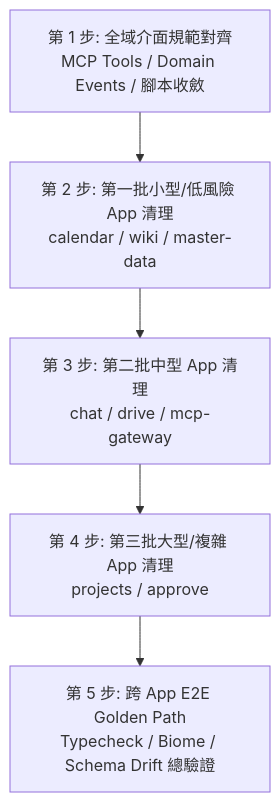
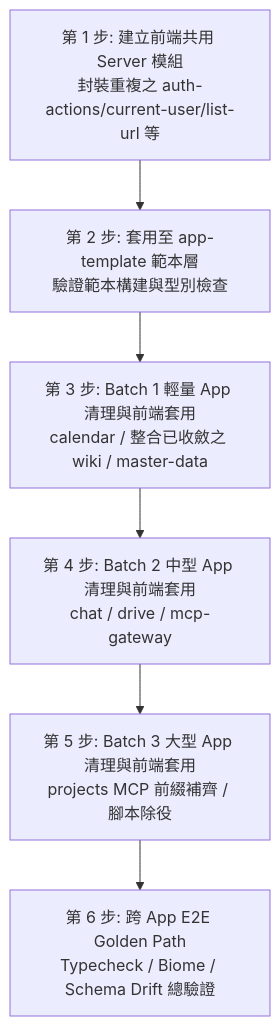
The diagram in knowledge/decisions/049-business-apps-cleanup-scoping-plan.md (appspine/appspine-packages), drawn with Mermaid before and after one commit. The commit also changed other lines of this file, not shown here.

````diff
--- a/knowledge/decisions/049-business-apps-cleanup-scoping-plan.md
+++ b/knowledge/decisions/049-business-apps-cleanup-scoping-plan.md
@@ -125,7 +125,8 @@
 ```mermaid
 flowchart TD
-    A[第 1 步: 全域介面規範對齊<br/>MCP Tools / Domain Events / 腳本收斂] --> B[第 2 步: 第一批小型/低風險 App 清理<br/>calendar / wiki / master-data]
-    B --> C[第 3 步: 第二批中型 App 清理<br/>chat / drive / mcp-gateway]
-    C --> D[第 4 步: 第三批大型/複雜 App 清理<br/>projects / approve]
-    D --> E[第 5 步: 跨 App E2E Golden Path<br/>Typecheck / Biome / Schema Drift 總驗證]
+    A[第 1 步: 建立前端共用 Server 模組<br/>封裝重複之 auth-actions/current-user/list-url 等] --> B[第 2 步: 套用至 app-template 範本層<br/>驗證範本構建與型別檢查]
+    B --> C[第 3 步: Batch 1 輕量 App 清理與前端套用<br/>calendar / 整合已收斂之 wiki / master-data]
+    C --> D[第 4 步: Batch 2 中型 App 清理與前端套用<br/>chat / drive / mcp-gateway]
+    D --> E[第 5 步: Batch 3 大型 App 清理與前端套用<br/>projects MCP 前綴補齊 / 腳本除役]
+    E --> F[第 6 步: 跨 App E2E Golden Path<br/>Typecheck / Biome / Schema Drift 總驗證]
 ```
````
